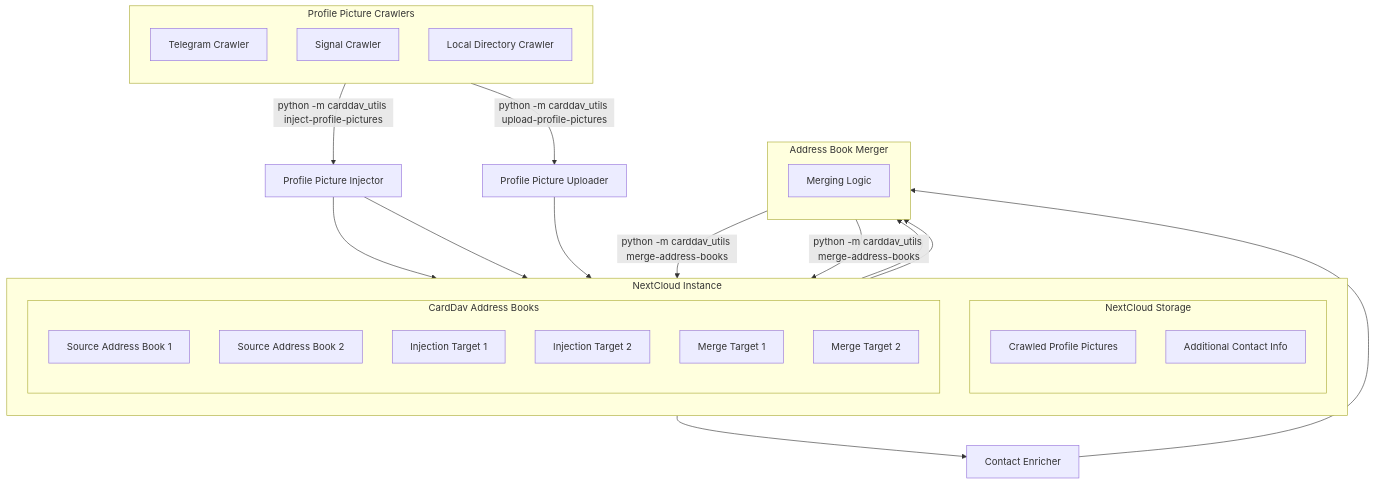
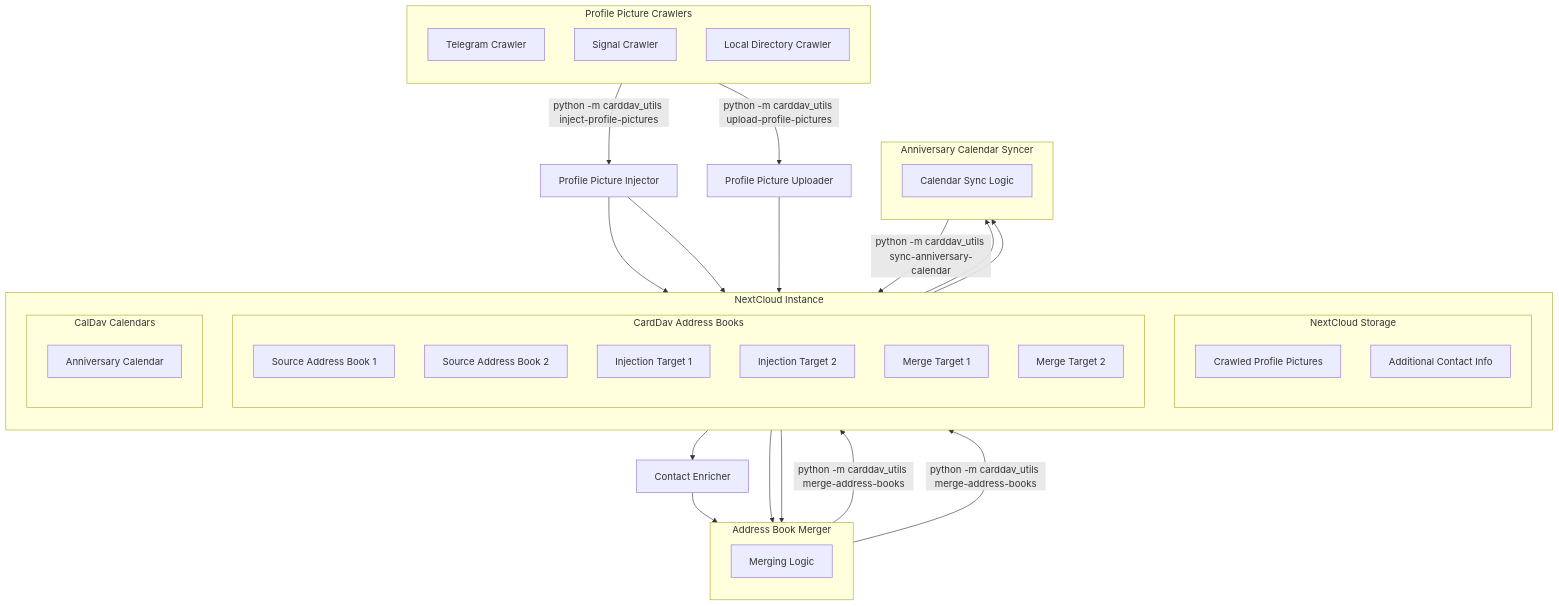
One commit to Bibo-Joshi/carddav-utils changed the diagram in README.md. Above: the diagram before and after it, drawn with Mermaid. The commit also changed other lines of this file and 10 other files, not shown here.

Commit message:
Add Anniversary Calender Syncer

````diff
--- a/README.md
+++ b/README.md
@@ -38,47 +45,59 @@
 ```mermaid
 graph TD
     Injector[Profile Picture Injector]
     Uploader[Profile Picture Uploader]
     Enricher[Contact Enricher]
     NextCloudStorage[NextCloud Storage Interface]
     
     subgraph NextCloud[NextCloud Instance]
         direction TB
         subgraph NextCloudStorage[NextCloud Storage]
             direction TB
             PictureStorage[Crawled Profile Pictures]
             AdditionalInfoStorage[Additional Contact Info]
         end
         subgraph AddressBooks[CardDav Address Books]
             direction TB
             Source1[Source Address Book 1]
             Source2[Source Address Book 2]
             InjectionTarget1[Injection Target 1]
             InjectionTarget2[Injection Target 2]
             MergeTarget1[Merge Target 1]
             MergeTarget2[Merge Target 2]
         end
+        subgraph Calendars[CalDav Calendars]
+            direction TB
+            AnniversaryCalendar[Anniversary Calendar]
+        end
     end
     
     subgraph Crawlers[Profile Picture Crawlers]
         direction TB
         Telegram[Telegram Crawler]
         Signal[Signal Crawler]
         Local[Local Directory Crawler]
     end
     
     subgraph Merger[Address Book Merger]
         direction TB
         MergingLogic[Merging Logic]
     end
     
+    subgraph ACSyncer[Anniversary Calendar Syncer]
+        direction TB
+        CalendarSyncLogic[Calendar Sync Logic]
+    end
+    
     Crawlers --> |python -m carddav_utils upload-profile-pictures|Uploader --> NextCloudStorage
     Crawlers --> |python -m carddav_utils inject-profile-pictures|Injector
     Injector --> InjectionTarget1
     Injector --> InjectionTarget2
     NextCloudStorage --> Enricher --> MergingLogic
     Source1 --> MergingLogic
     Source2 --> MergingLogic
     MergingLogic --> |python -m carddav_utils merge-address-books|MergeTarget1
     MergingLogic --> |python -m carddav_utils merge-address-books|MergeTarget2
+    Source1 --> CalendarSyncLogic
+    Source2 --> CalendarSyncLogic
+    CalendarSyncLogic --> |python -m carddav_utils sync-anniversary-calendar|AnniversaryCalendar
 ```
````
